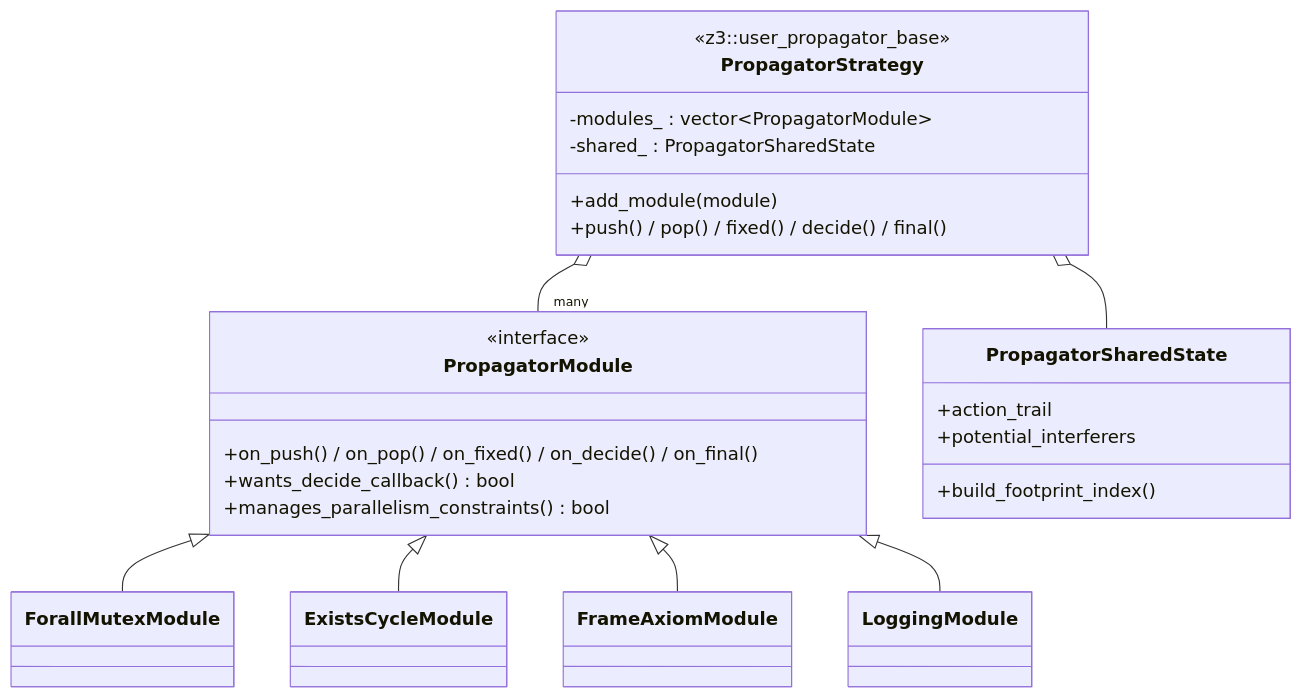
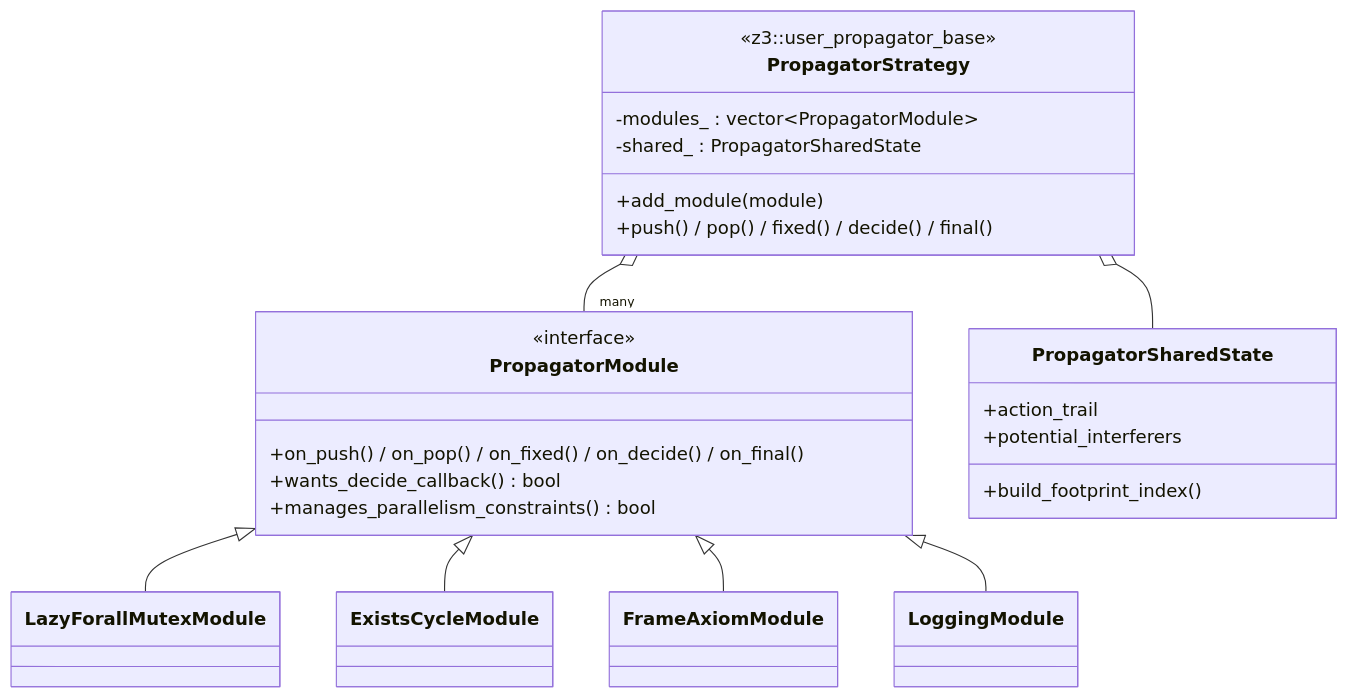
The second of 2 diagrams in developer-docs/interference-and-propagators.md (pyPMT/RanTanPlan), drawn with Mermaid before and after one commit. The commit also changed other lines of this file and 7 other files, not shown here.

````diff
--- a/developer-docs/interference-and-propagators.md
+++ b/developer-docs/interference-and-propagators.md
@@ -141,27 +142,27 @@
 ```mermaid
 classDiagram
     class PropagatorStrategy {
         <<z3::user_propagator_base>>
         +add_module(module)
         +push() / pop() / fixed() / decide() / final()
         -modules_ : vector~PropagatorModule~
         -shared_ : PropagatorSharedState
     }
     class PropagatorModule {
         <<interface>>
         +on_push() / on_pop() / on_fixed() / on_decide() / on_final()
         +wants_decide_callback() bool
         +manages_parallelism_constraints() bool
     }
     class PropagatorSharedState {
         +action_trail
         +potential_interferers
         +build_footprint_index()
     }
     PropagatorStrategy o-- "many" PropagatorModule
     PropagatorStrategy o-- PropagatorSharedState
-    PropagatorModule <|-- ForallMutexModule
+    PropagatorModule <|-- LazyForallMutexModule
     PropagatorModule <|-- ExistsCycleModule
     PropagatorModule <|-- FrameAxiomModule
     PropagatorModule <|-- LoggingModule
 ```
````
